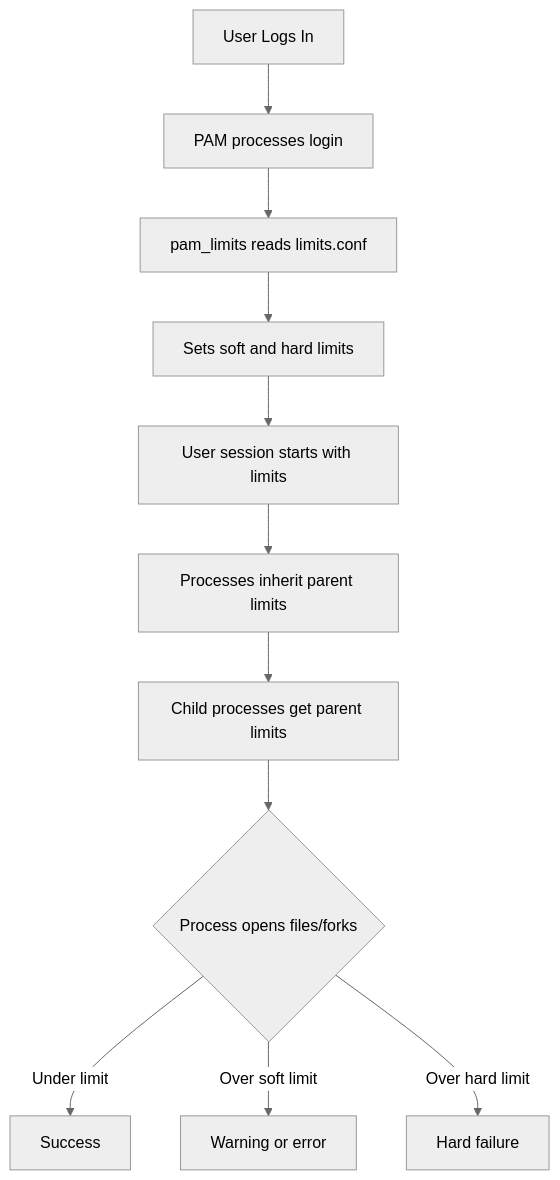
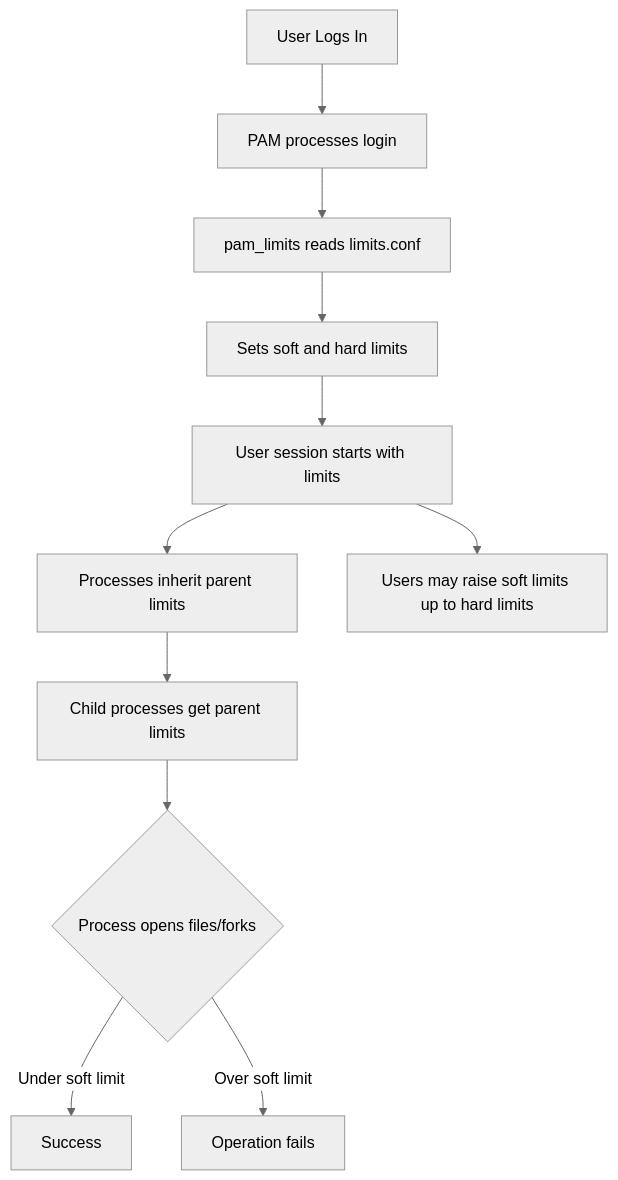
One commit to OneUptime/blog changed the diagram in posts/2026-02-21-how-to-use-ansible-to-configure-user-resource-limits-ulimit/README.md. Above: the diagram before and after it, drawn with Mermaid (neutral theme). The commit also changed other lines of this file and 2 other files, not shown here.

Commit message:
validate: 2026-02-21-how-to-use-ansible-to-configure-user-resource-limits-ulimit

````diff
--- a/posts/2026-02-21-how-to-use-ansible-to-configure-user-resource-limits-ulimit/README.md
+++ b/posts/2026-02-21-how-to-use-ansible-to-configure-user-resource-limits-ulimit/README.md
@@ -123,13 +124,13 @@
 ```mermaid
 flowchart TD
     A[User Logs In] --> B[PAM processes login]
     B --> C[pam_limits reads limits.conf]
     C --> D[Sets soft and hard limits]
     D --> E[User session starts with limits]
     E --> F[Processes inherit parent limits]
     F --> G[Child processes get parent limits]
     G --> H{Process opens files/forks}
-    H -->|Under limit| I[Success]
-    H -->|Over soft limit| J[Warning or error]
-    H -->|Over hard limit| K[Hard failure]
+    H -->|Under soft limit| I[Success]
+    H -->|Over soft limit| J[Operation fails]
+    E --> L[Users may raise soft limits up to hard limits]
 ```
````
